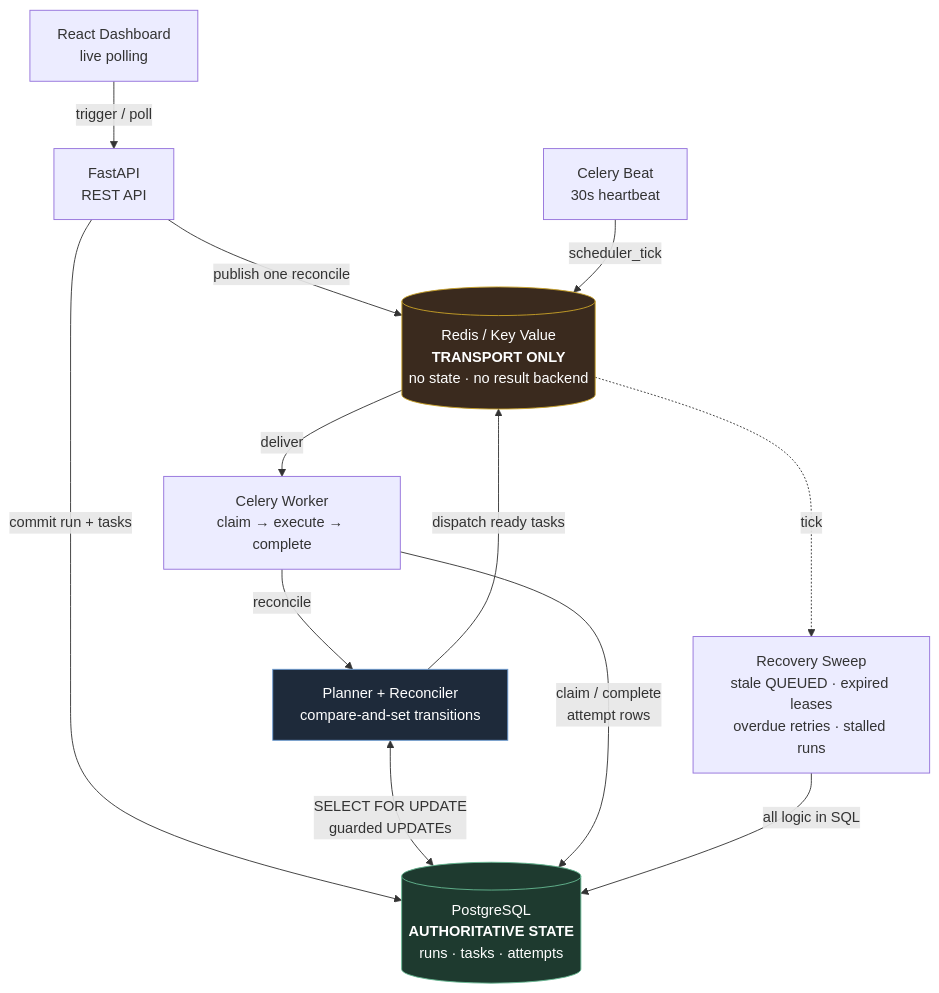
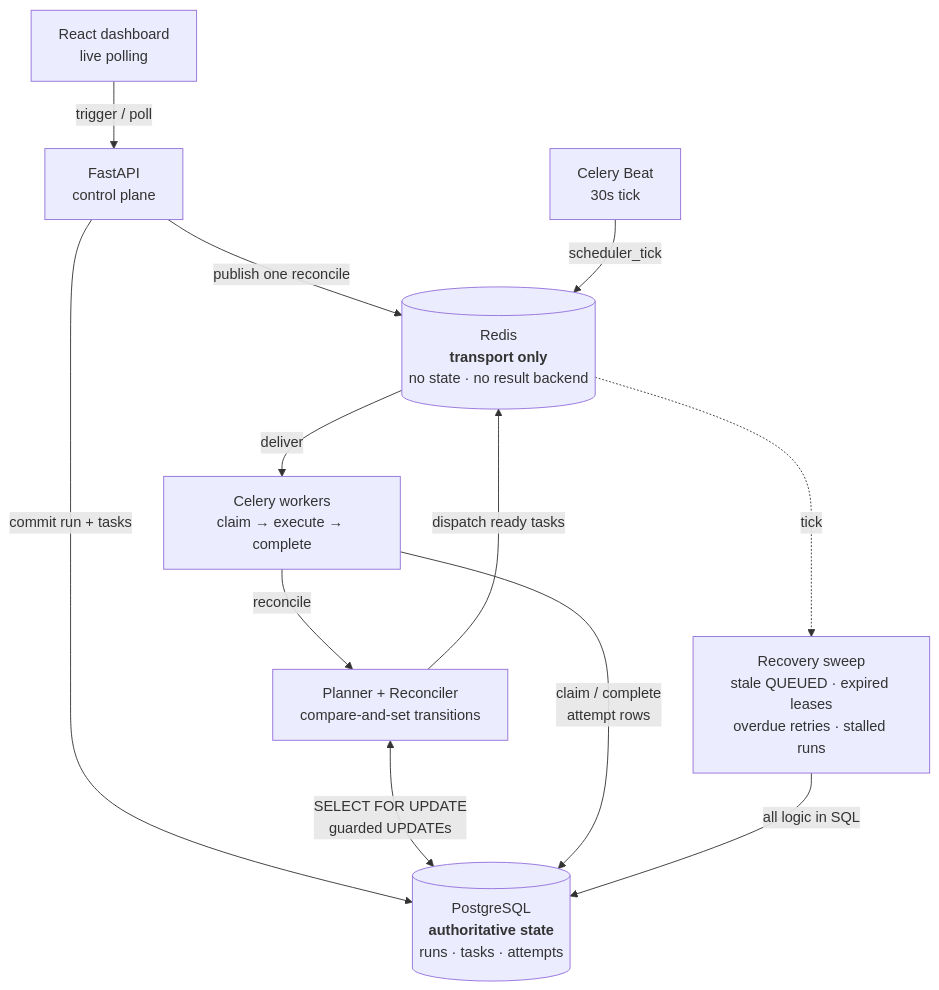
Before and after one commit to Azrafathima06/orchestrel-workflow-engine: the first of 4 diagrams in README.md, drawn with Mermaid. The commit also changed other lines of this file and 22 other files, not shown here.

````diff
--- a/README.md
+++ b/README.md
@@ -68,29 +111,25 @@
 ```mermaid
 flowchart TB
-    UI["React Dashboard<br/>live polling"]
-    API["FastAPI<br/>REST API"]
-    PG[("PostgreSQL<br/><b>AUTHORITATIVE STATE</b><br/>runs · tasks · attempts")]
+    UI["React dashboard<br/>live polling"]
+    API["FastAPI<br/>control plane"]
+    PG[("PostgreSQL<br/><b>authoritative state</b><br/>runs · tasks · attempts")]
     REC["Planner + Reconciler<br/>compare-and-set transitions"]
-    RDS[("Redis / Key Value<br/><b>TRANSPORT ONLY</b><br/>no state · no result backend")]
-    W["Celery Worker<br/>claim → execute → complete"]
-    B["Celery Beat<br/>30s heartbeat"]
-    SW["Recovery Sweep<br/>stale QUEUED · expired leases<br/>overdue retries · stalled runs"]
+    RDS[("Redis<br/><b>transport only</b><br/>no state · no result backend")]
+    W["Celery workers<br/>claim → execute → complete"]
+    B["Celery Beat<br/>30s tick"]
+    SW["Recovery sweep<br/>stale QUEUED · expired leases<br/>overdue retries · stalled runs"]
 
     UI -->|"trigger / poll"| API
     API -->|"commit run + tasks"| PG
     API -->|"publish one reconcile"| RDS
 
     REC <-->|"SELECT FOR UPDATE<br/>guarded UPDATEs"| PG
     RDS -->|"deliver"| W
     W -->|"reconcile"| REC
     REC -->|"dispatch ready tasks"| RDS
     W -->|"claim / complete<br/>attempt rows"| PG
 
     B -->|"scheduler_tick"| RDS
     RDS -.->|"tick"| SW
     SW -->|"all logic in SQL"| PG
-
-    style PG fill:#1e3a2f,stroke:#65b891,color:#fff
-    style RDS fill:#3a2a1e,stroke:#c9a227,color:#fff
-    style REC fill:#1e2a3a,stroke:#6b9bd1,color:#fff
 ```
````
